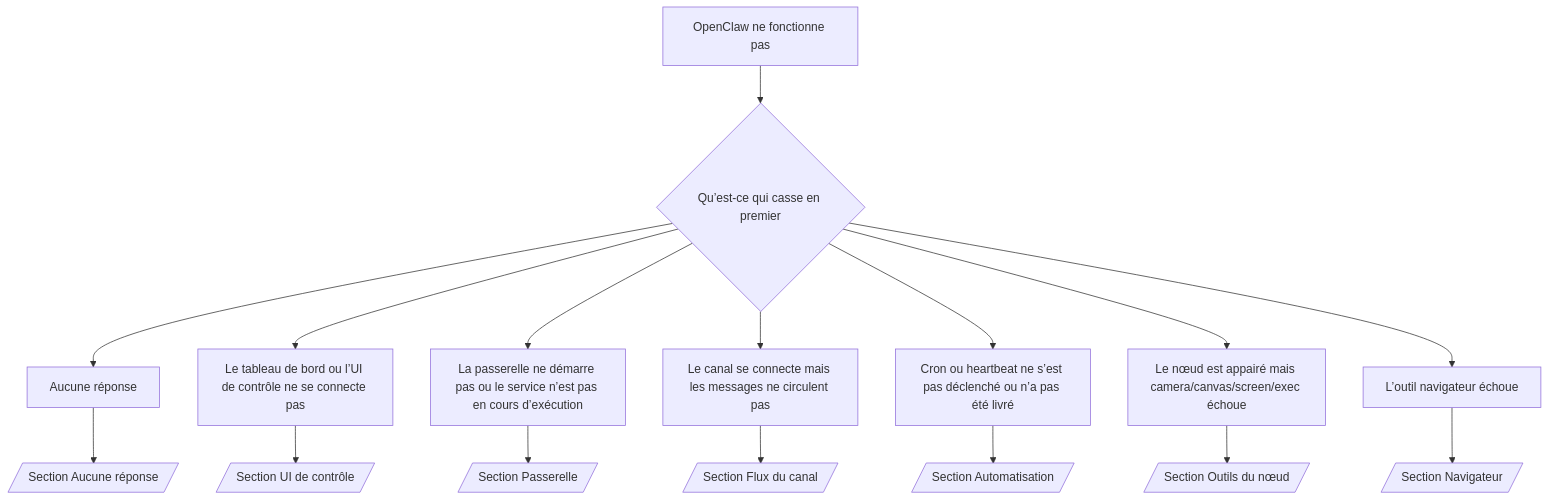
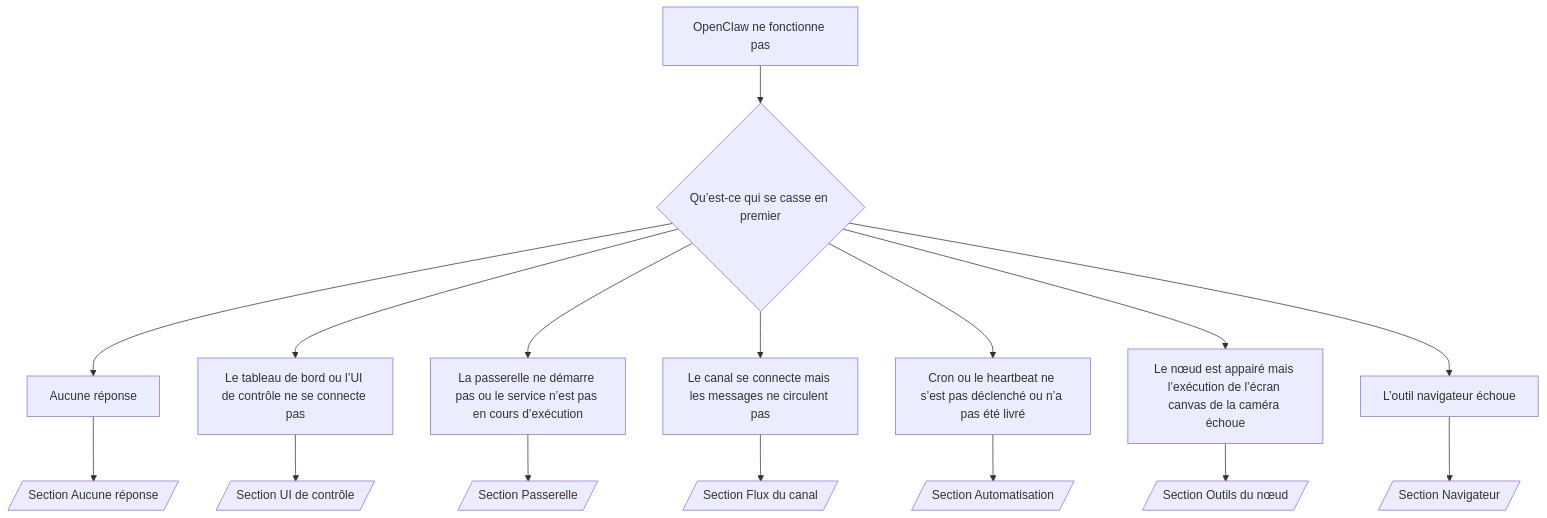
The diagram in fr/help/troubleshooting.md (johnakelly-yahoo-com/veiseule-openclaw), drawn with Mermaid before and after one commit. The commit also changed other lines of this file and 7264 other files, not shown here.

````diff
--- a/fr/help/troubleshooting.md
+++ b/fr/help/troubleshooting.md
@@ -35,19 +37,19 @@
 ```mermaid
 flowchart TD
-  A[OpenClaw ne fonctionne pas] --> B{Qu’est-ce qui casse en premier}
+  A[OpenClaw ne fonctionne pas] --> B{Qu’est-ce qui se casse en premier}
   B --> C[Aucune réponse]
   B --> D[Le tableau de bord ou l’UI de contrôle ne se connecte pas]
   B --> E[La passerelle ne démarre pas ou le service n’est pas en cours d’exécution]
   B --> F[Le canal se connecte mais les messages ne circulent pas]
-  B --> G[Cron ou heartbeat ne s’est pas déclenché ou n’a pas été livré]
-  B --> H[Le nœud est appairé mais camera/canvas/screen/exec échoue]
+  B --> G[Cron ou le heartbeat ne s’est pas déclenché ou n’a pas été livré]
+  B --> H[Le nœud est appairé mais l’exécution de l’écran canvas de la caméra échoue]
   B --> I[L’outil navigateur échoue]
 
   C --> C1[/Section Aucune réponse/]
   D --> D1[/Section UI de contrôle/]
   E --> E1[/Section Passerelle/]
   F --> F1[/Section Flux du canal/]
   G --> G1[/Section Automatisation/]
   H --> H1[/Section Outils du nœud/]
   I --> I1[/Section Navigateur/]
 ```
````
